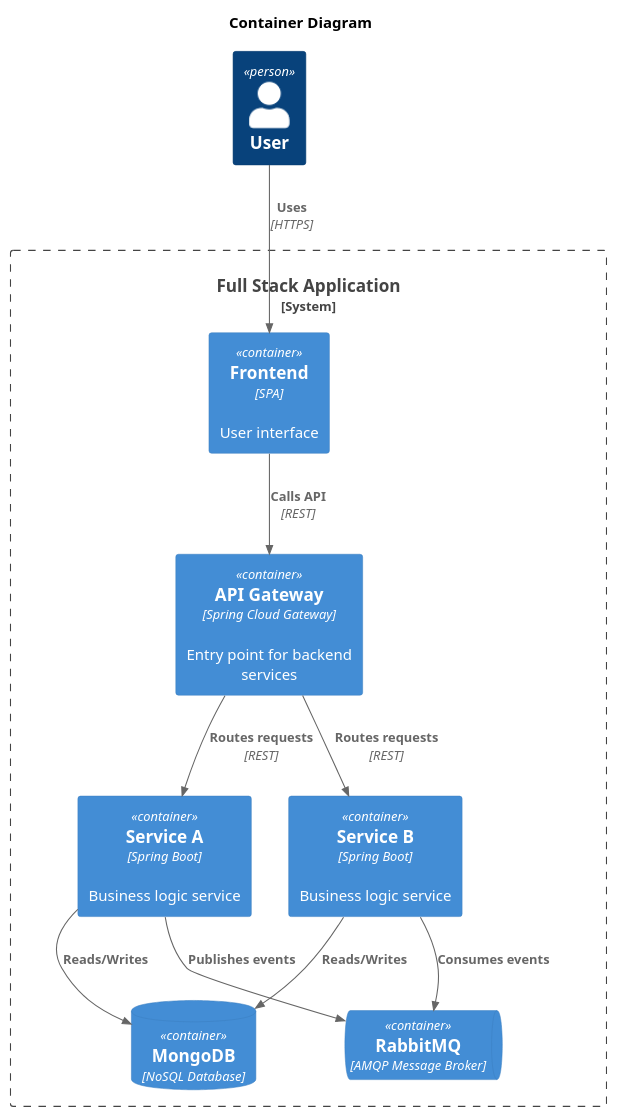
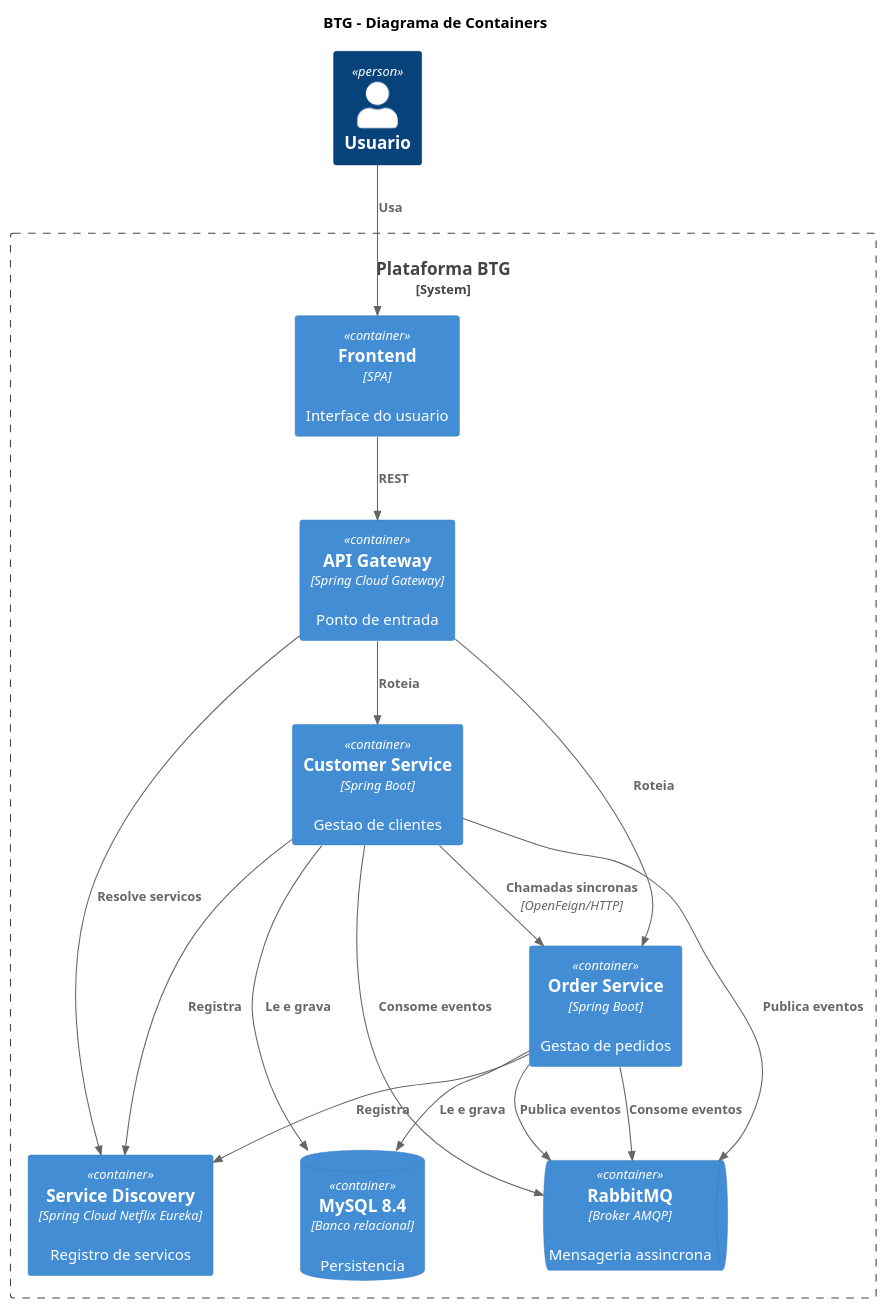
Before and after one commit to leoalmeida/desafioBTG: the diagram in docs/architecture/container-diagram.puml, drawn with PlantUML. The commit also changed 9 other files, not shown here.

```diff
--- a/docs/architecture/container-diagram.puml
+++ b/docs/architecture/container-diagram.puml
@@ -1,38 +1,48 @@
-@startuml C4_Container
+@startuml container_diagram
 
 !include https://raw.githubusercontent.com/plantuml-stdlib/C4-PlantUML/master/C4_Container.puml
 
-title Container Diagram
+title BTG - Diagrama de Containers
 
-Person(user, "User")
+Person(user, "Usuario")
 
-System_Boundary(system, "Full Stack Application") {
+System_Boundary(system, "Plataforma BTG") {
 
-    Container(frontend, "Frontend", "SPA", "User interface")
+    Container(frontend, "Frontend", "SPA", "Interface do usuario")
 
-    Container(api_gateway, "API Gateway", "Spring Cloud Gateway", "Entry point for backend services")
+    Container(api_gateway, "API Gateway", "Spring Cloud Gateway", "Ponto de entrada")
 
-    Container(service_a, "Service A", "Spring Boot", "Business logic service")
+    Container(discovery, "Service Discovery", "Spring Cloud Netflix Eureka", "Registro de servicos")
 
-    Container(service_b, "Service B", "Spring Boot", "Business logic service")
+    Container(ms_customer, "Customer Service", "Spring Boot", "Gestao de clientes")
 
-    ContainerDb(mongodb, "MongoDB", "NoSQL Database")
+    Container(ms_order, "Order Service", "Spring Boot", "Gestao de pedidos")
 
-    ContainerQueue(rabbitmq, "RabbitMQ", "AMQP Message Broker")
+    ContainerDb(mysql, "MySQL 8.4", "Banco relacional", "Persistencia")
+
+    ContainerQueue(rabbitmq, "RabbitMQ", "Broker AMQP", "Mensageria assincrona")
 
 }
 
-Rel(user, frontend, "Uses", "HTTPS")
+Rel(user, frontend, "Usa")
 
-Rel(frontend, api_gateway, "Calls API", "REST")
+Rel(frontend, api_gateway, "REST")
 
-Rel(api_gateway, service_a, "Routes requests", "REST")
-Rel(api_gateway, service_b, "Routes requests", "REST")
+Rel(api_gateway, discovery, "Resolve servicos")
+Rel(api_gateway, ms_customer, "Roteia")
+Rel(api_gateway, ms_order, "Roteia")
 
-Rel(service_a, mongodb, "Reads/Writes")
-Rel(service_b, mongodb, "Reads/Writes")
+Rel(ms_customer, discovery, "Registra")
+Rel(ms_order, discovery, "Registra")
 
-Rel(service_a, rabbitmq, "Publishes events")
-Rel(service_b, rabbitmq, "Consumes events")
+Rel(ms_customer, mysql, "Le e grava")
+Rel(ms_order, mysql, "Le e grava")
+
+Rel(ms_customer, rabbitmq, "Publica eventos")
+Rel(ms_customer, rabbitmq, "Consome eventos")
+Rel(ms_order, rabbitmq, "Publica eventos")
+Rel(ms_order, rabbitmq, "Consome eventos")
+
+Rel(ms_customer, ms_order, "Chamadas sincronas", "OpenFeign/HTTP")
 
 @enduml
```
